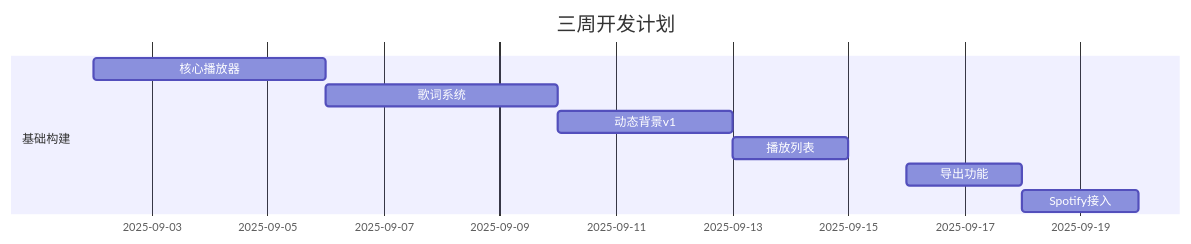
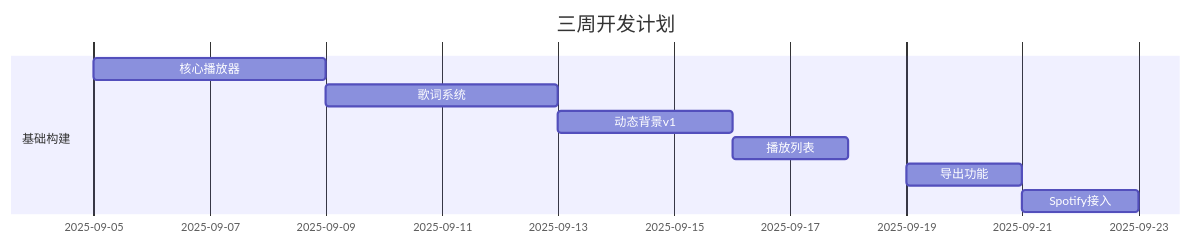
Before and after one commit to DONGNINGw/musicplayerapp: the fourth of 4 diagrams in 开发计划书/# 音乐播放器开发完整规划文档.md, drawn with Mermaid. The commit also changed other lines of this file and 128 other files, not shown here.

````diff
--- a/开发计划书/# 音乐播放器开发完整规划文档.md
+++ b/开发计划书/# 音乐播放器开发完整规划文档.md
@@ -215,12 +215,12 @@
 ```mermaid
 gantt
     title 三周开发计划
     dateFormat  YYYY-MM-DD
     section 基础构建
-    核心播放器 :2025-09-02, 4d
-    歌词系统   :2025-09-06, 4d
-    动态背景v1 :2025-09-10, 3d
-    播放列表   :2025-09-13, 2d
-    导出功能   :2025-09-16, 2d
-    Spotify接入:2025-09-18, 2d
+    核心播放器 :2025-09-05, 4d
+    歌词系统   :2025-09-09, 4d
+    动态背景v1 :2025-09-13, 3d
+    播放列表   :2025-09-16, 2d
+    导出功能   :2025-09-19, 2d
+    Spotify接入:2025-09-21, 2d
 ```
````
